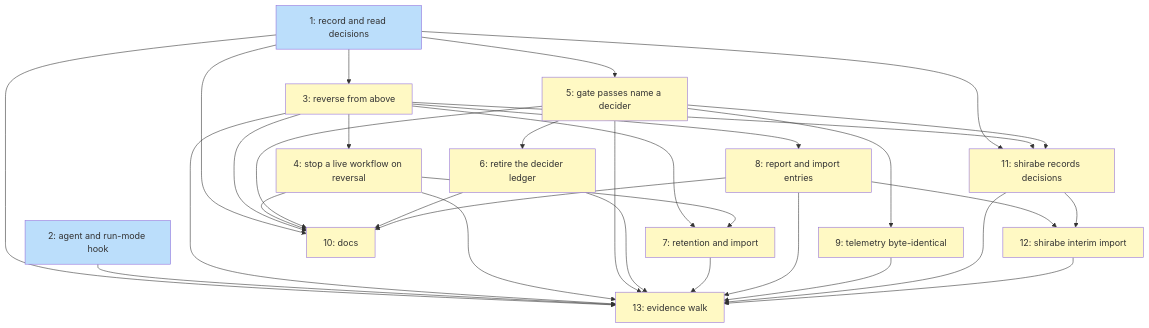
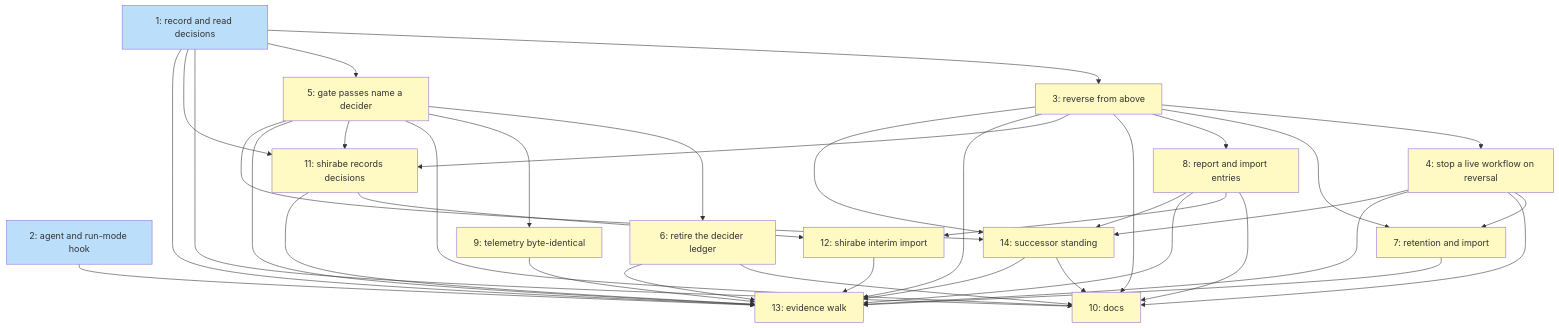
One commit to tsukumogami/koto changed the diagram in docs/plans/PLAN-decision-record.md. Above: the diagram before and after it, drawn with Mermaid. The commit also changed other lines of this file and 2 other files, not shown here.

````diff
--- a/docs/plans/PLAN-decision-record.md
+++ b/docs/plans/PLAN-decision-record.md
@@ -299,54 +336,61 @@
 ```mermaid
 graph TD
     I1["1: record and read decisions"]
     I2["2: agent and run-mode hook"]
     I3["3: reverse from above"]
     I4["4: stop a live workflow on reversal"]
     I5["5: gate passes name a decider"]
     I6["6: retire the decider ledger"]
     I7["7: retention and import"]
     I8["8: report and import entries"]
     I9["9: telemetry byte-identical"]
     I10["10: docs"]
     I11["11: shirabe records decisions"]
     I12["12: shirabe interim import"]
     I13["13: evidence walk"]
+    I14["14: successor standing"]
 
     I1 --> I3
     I1 --> I5
     I3 --> I4
     I3 --> I7
     I4 --> I7
     I3 --> I8
     I5 --> I6
     I5 --> I9
     I1 --> I10
     I3 --> I10
     I4 --> I10
     I5 --> I10
     I6 --> I10
     I8 --> I10
     I1 --> I11
     I3 --> I11
     I5 --> I11
     I8 --> I12
     I11 --> I12
     I1 --> I13
     I2 --> I13
     I3 --> I13
     I4 --> I13
     I5 --> I13
     I6 --> I13
     I7 --> I13
     I8 --> I13
     I9 --> I13
     I11 --> I13
     I12 --> I13
+    I3 --> I14
+    I4 --> I14
+    I5 --> I14
+    I8 --> I14
+    I14 --> I10
+    I14 --> I13
 
     classDef done fill:#c8e6c9
     classDef ready fill:#bbdefb
     classDef blocked fill:#fff9c4
 
     class I1,I2 ready
-    class I3,I4,I5,I6,I7,I8,I9,I10,I11,I12,I13 blocked
+    class I3,I4,I5,I6,I7,I8,I9,I10,I11,I12,I13,I14 blocked
 ```
````
